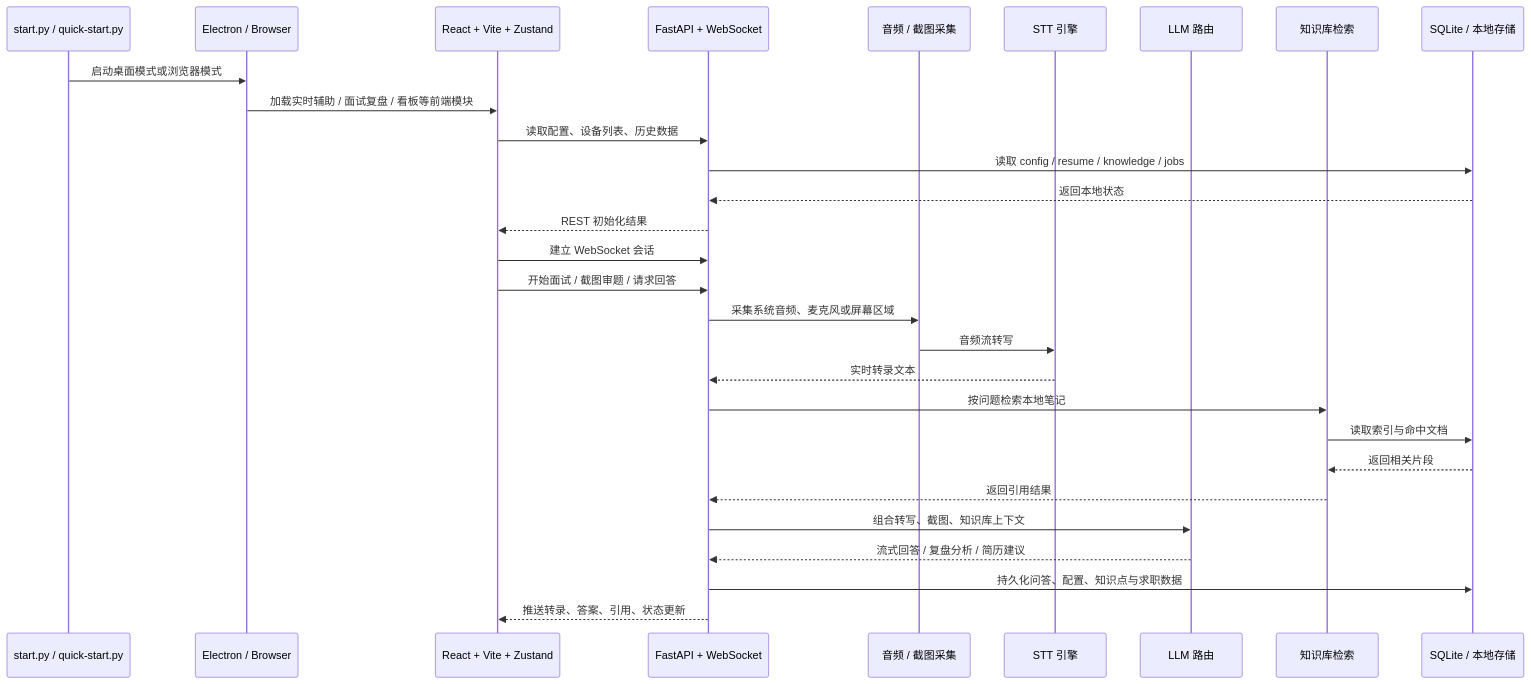
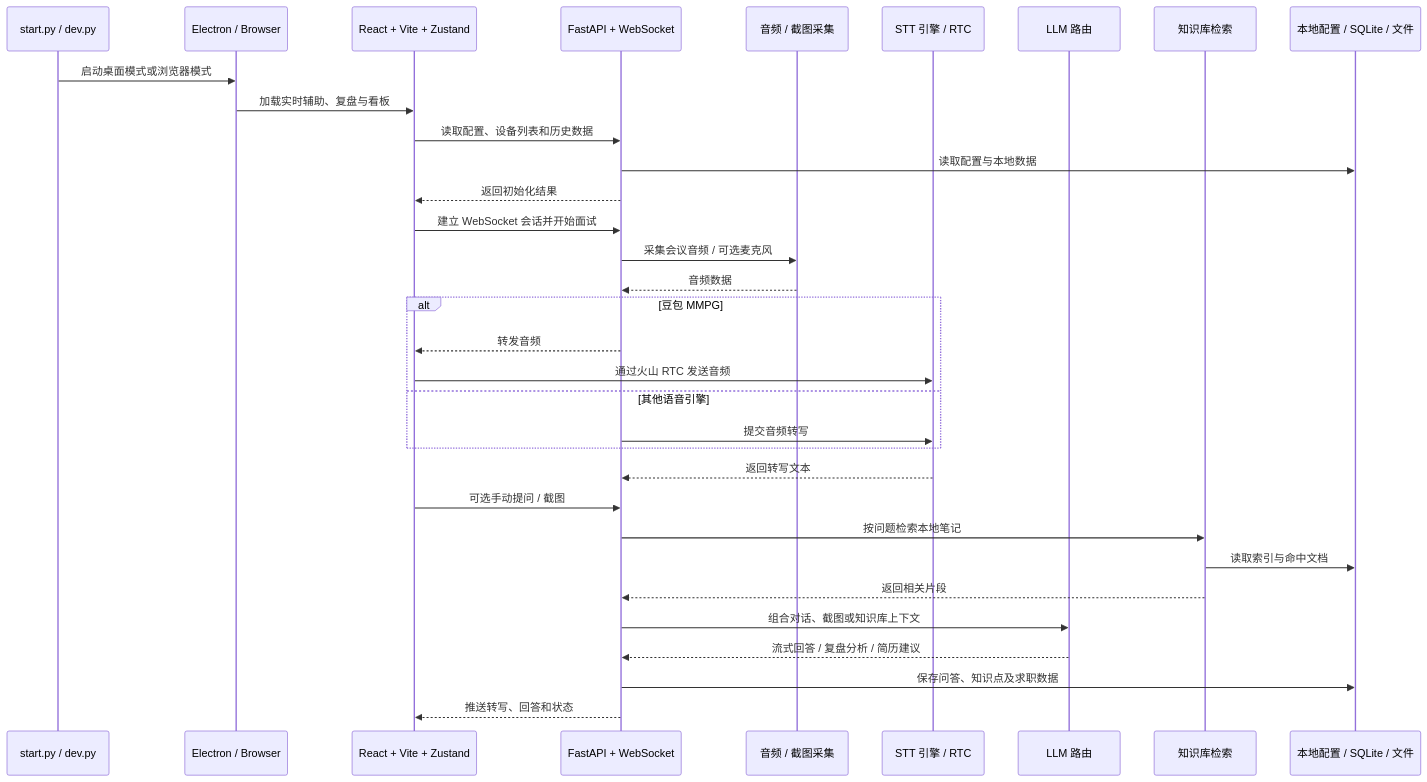
Before and after one commit to wusurqing/interview-helper: the diagram in README.md, drawn with Mermaid. The commit also changed other lines of this file, not shown here.

````diff
--- a/README.md
+++ b/README.md
@@ -105,33 +105,37 @@
 ```mermaid
 sequenceDiagram
-    participant Entry as start.py / quick-start.py
+    participant Entry as start.py / dev.py
     participant Client as Electron / Browser
     participant UI as React + Vite + Zustand
     participant API as FastAPI + WebSocket
     participant Capture as 音频 / 截图采集
-    participant STT as STT 引擎
+    participant STT as STT 引擎 / RTC
     participant LLM as LLM 路由
     participant KB as 知识库检索
-    participant DB as SQLite / 本地存储
+    participant Local as 本地配置 / SQLite / 文件
 
     Entry->>Client: 启动桌面模式或浏览器模式
-    Client->>UI: 加载实时辅助 / 面试复盘 / 看板等前端模块
-    UI->>API: 读取配置、设备列表、历史数据
-    API->>DB: 读取 config / resume / knowledge / jobs
-    DB-->>API: 返回本地状态
-    API-->>UI: REST 初始化结果
+    Client->>UI: 加载实时辅助、复盘与看板
+    UI->>API: 读取配置、设备列表和历史数据
+    API->>Local: 读取配置与本地数据
+    API-->>UI: 返回初始化结果
 
-    UI->>API: 建立 WebSocket 会话
-    UI->>API: 开始面试 / 截图审题 / 请求回答
-    API->>Capture: 采集系统音频、麦克风或屏幕区域
-    Capture->>STT: 音频流转写
-    STT-->>API: 实时转录文本
+    UI->>API: 建立 WebSocket 会话并开始面试
+    API->>Capture: 采集会议音频 / 可选麦克风
+    Capture-->>API: 音频数据
+    alt 豆包 MMPG
+        API-->>UI: 转发音频
+        UI->>STT: 通过火山 RTC 发送音频
+    else 其他语音引擎
+        API->>STT: 提交音频转写
+    end
+    STT-->>API: 返回转写文本
+    UI->>API: 可选手动提问 / 截图
     API->>KB: 按问题检索本地笔记
-    KB->>DB: 读取索引与命中文档
-    DB-->>KB: 返回相关片段
-    KB-->>API: 返回引用结果
-    API->>LLM: 组合转写、截图、知识库上下文
+    KB->>Local: 读取索引与命中文档
+    KB-->>API: 返回相关片段
+    API->>LLM: 组合对话、截图或知识库上下文
     LLM-->>API: 流式回答 / 复盘分析 / 简历建议
-    API->>DB: 持久化问答、配置、知识点与求职数据
-    API-->>UI: 推送转录、答案、引用、状态更新
+    API->>Local: 保存问答、知识点及求职数据
+    API-->>UI: 推送转写、回答和状态
 ```
````
